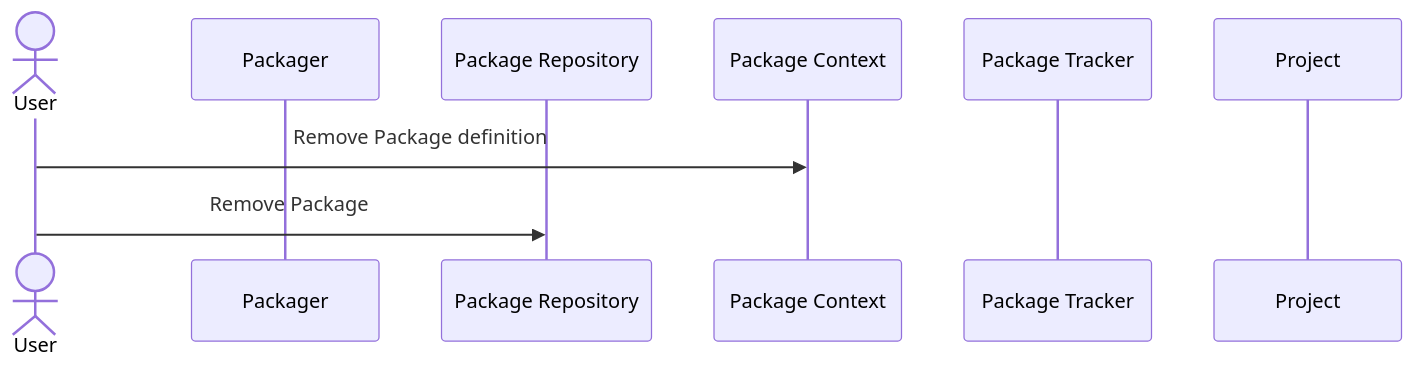
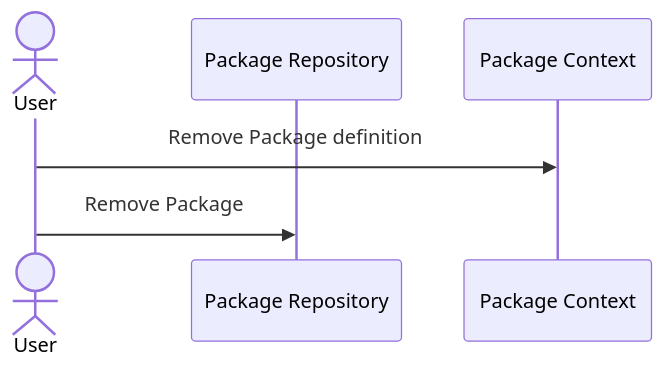
One commit to bacpack-system/bacpack-system.github.io changed the third of 5 diagrams in docs/use_cases.md. Above: the diagram before and after it, drawn with Mermaid. The commit also changed other lines of this file, not shown here.

````diff
--- a/docs/use_cases.md
+++ b/docs/use_cases.md
@@ -58,12 +54,9 @@
 ```mermaid
 sequenceDiagram
   actor User
-  participant Packager
   participant Package Repository
   participant Package Context
-  participant Package Tracker
-  participant Project
 
   User->>Package Context: Remove Package definition
   User->>Package Repository: Remove Package
 ```
````
